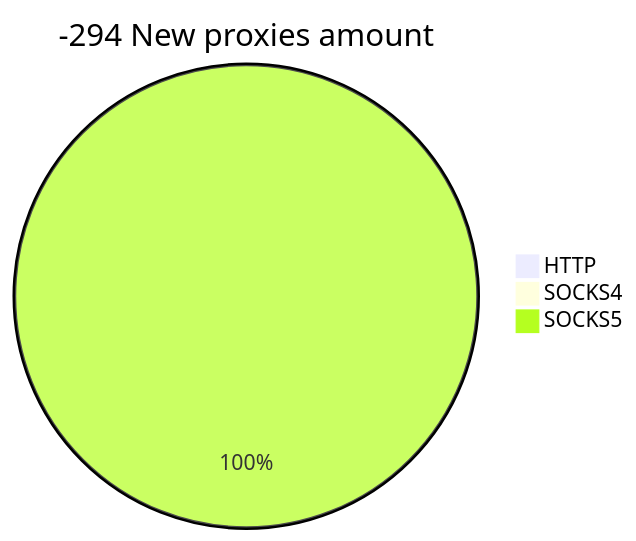
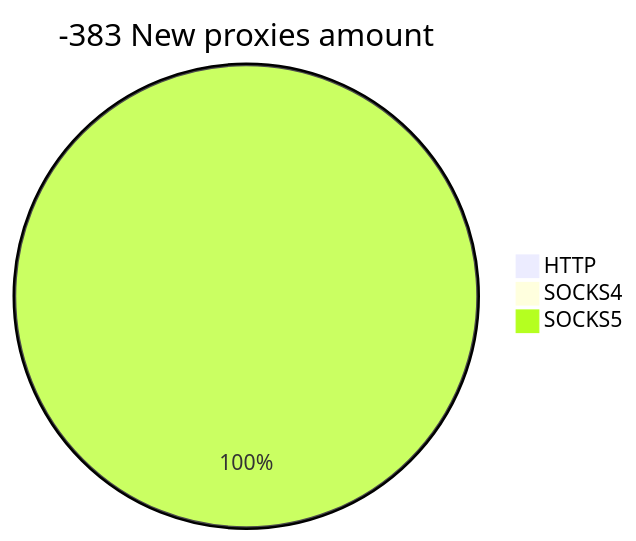
The second of 2 diagrams in README.md (cutipu/proxylist), drawn with Mermaid before and after one commit. The commit also changed other lines of this file, not shown here.

````diff
--- a/README.md
+++ b/README.md
@@ -10,6 +10,6 @@
 ```mermaid
-pie title -294 New proxies amount
+pie title -383 New proxies amount
     "HTTP" : 0
     "SOCKS4" : 0
-    "SOCKS5" : 94
+    "SOCKS5" : 6
 ```
````
